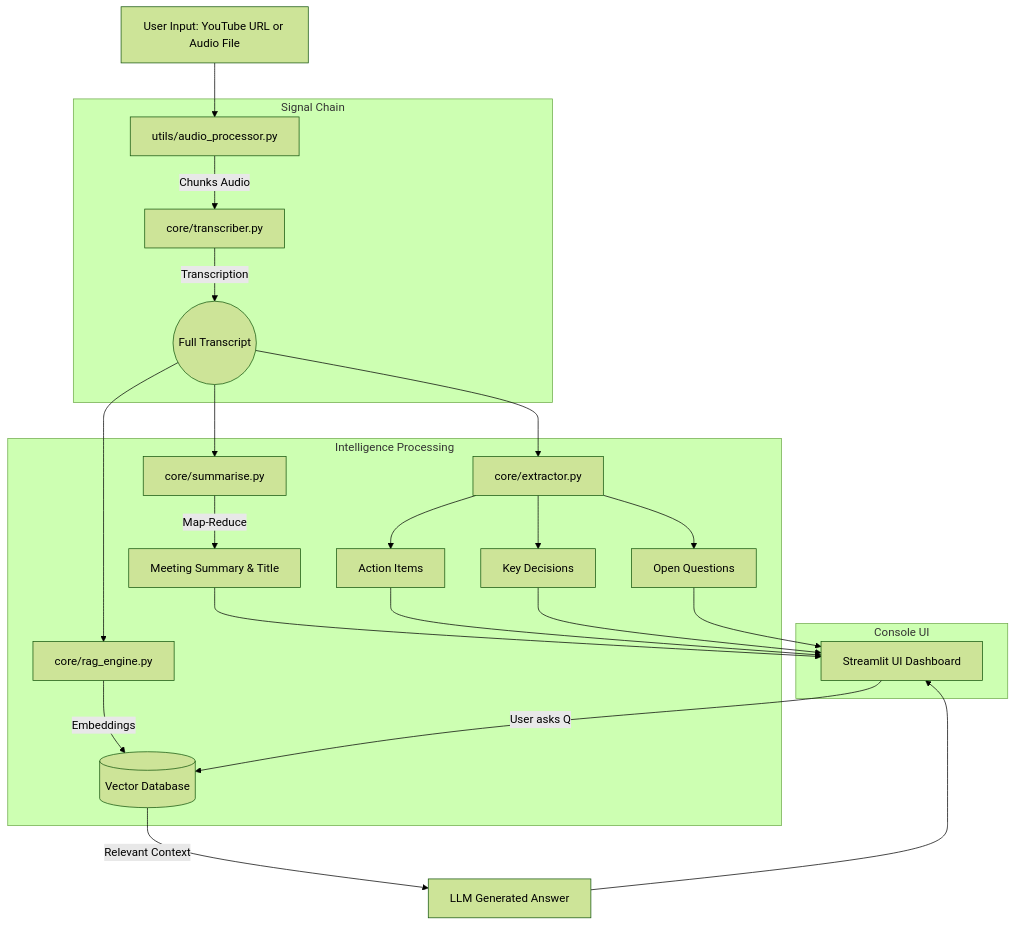
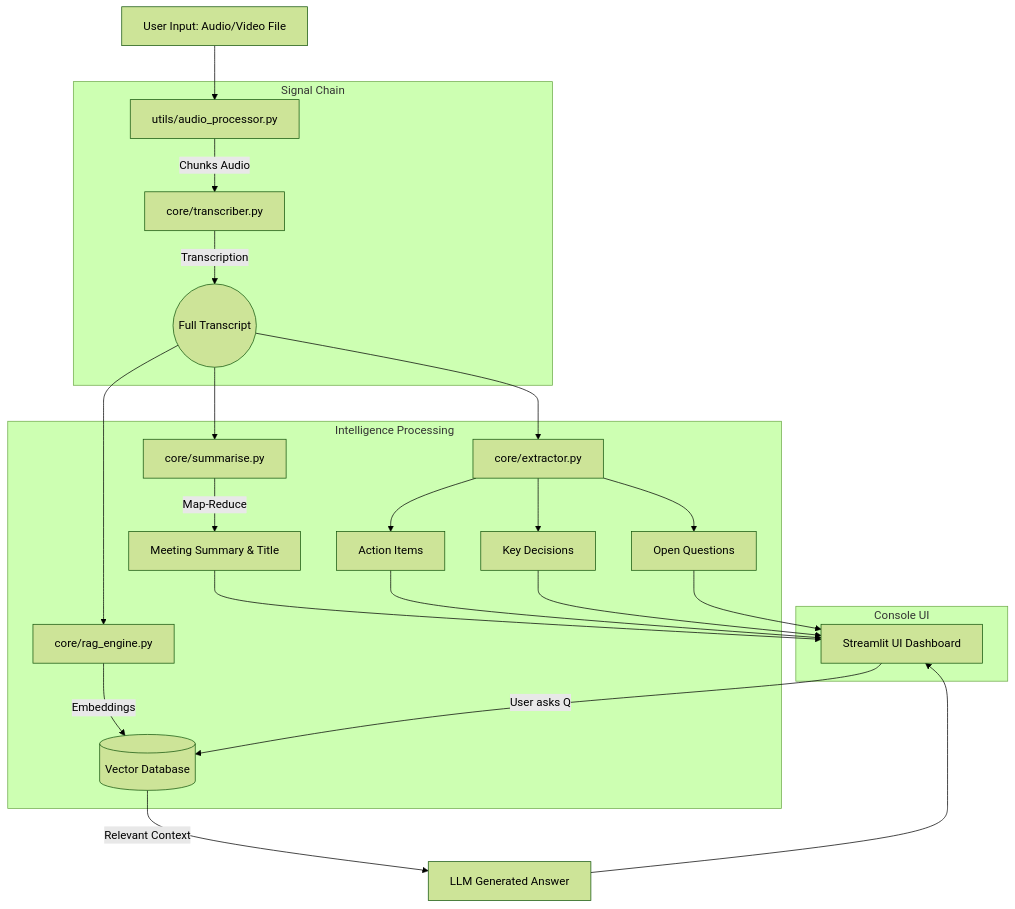
Before and after one commit to ag22042008/Minute_Mind: the first of 2 diagrams in README.md, drawn with Mermaid (forest theme). The commit also changed other lines of this file and 1 other file, not shown here.

Commit message:
docs: advise users to download video locally and upload due to YouTube cloud blocking

````diff
--- a/README.md
+++ b/README.md
@@ -30,33 +31,33 @@
 ```mermaid
 graph TD
-    A[User Input: YouTube URL or Audio File] --> B[utils/audio_processor.py]
+    A[User Input: Audio/Video File] --> B[utils/audio_processor.py]
     
     subgraph Signal Chain
     B -->|Chunks Audio| C[core/transcriber.py]
     C -->|Transcription| D((Full Transcript))
     end
     
     subgraph Intelligence Processing
     D --> E[core/summarise.py]
     E -->|Map-Reduce| E1[Meeting Summary & Title]
     
     D --> F[core/extractor.py]
     F --> F1[Action Items]
     F --> F2[Key Decisions]
     F --> F3[Open Questions]
     
     D --> G[core/rag_engine.py]
     G -->|Embeddings| G1[(Vector Database)]
     end
     
     subgraph Console UI
     E1 --> H[Streamlit UI Dashboard]
     F1 --> H
     F2 --> H
     F3 --> H
     end
     
     H -->|User asks Q| G1
     G1 -->|Relevant Context| I[LLM Generated Answer]
     I --> H
 ```
````
